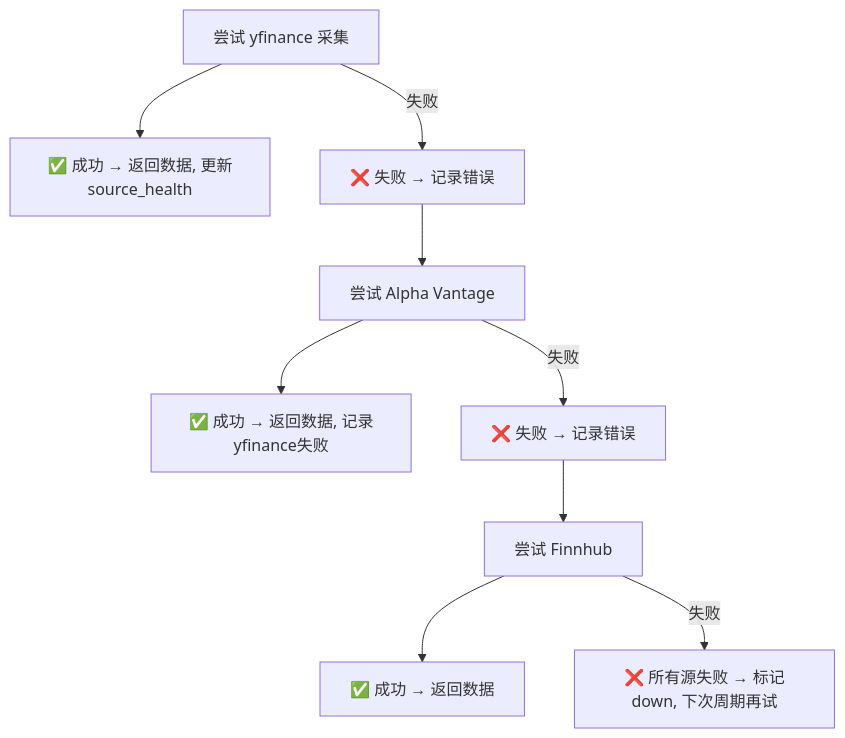
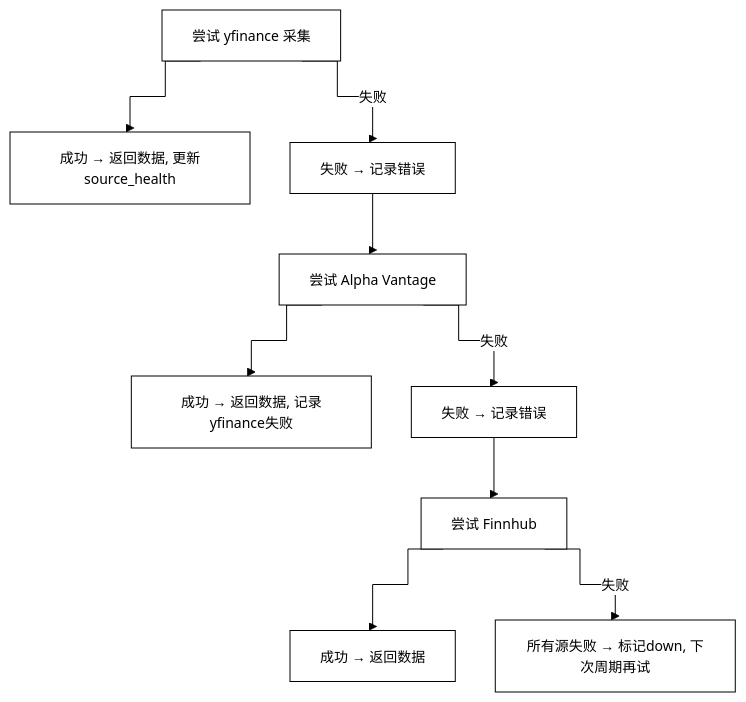
One commit to onceme/instantboard changed the first of 2 diagrams in docs/design/data-sources.md. Above: the diagram before and after it, drawn with Mermaid. The commit also changed other lines of this file and 11 other files, not shown here.

````diff
--- a/docs/design/data-sources.md
+++ b/docs/design/data-sources.md
@@ -403,20 +403,21 @@
 ```mermaid
+%%{init: {"theme": "base", "themeVariables": {"background": "#ffffff", "primaryColor": "#ffffff", "primaryTextColor": "#000000", "primaryBorderColor": "#000000", "lineColor": "#000000", "secondaryColor": "#ffffff", "secondaryTextColor": "#000000", "secondaryBorderColor": "#000000", "tertiaryColor": "#ffffff", "tertiaryTextColor": "#000000", "tertiaryBorderColor": "#000000", "edgeLabelBackground": "#ffffff", "textColor": "#000000", "nodeTextColor": "#000000", "mainBkg": "#ffffff", "nodeBorder": "#000000", "clusterBkg": "#ffffff", "clusterBdr": "#000000", "clusterTextColor": "#000000", "titleColor": "#000000", "fontSize": "14px"}, "flowchart": {"curve": "step", "nodeSpacing": 40, "rankSpacing": 50, "wrappingWidth": 180, "useMaxWidth": true}}}%%
 graph TD
     start["尝试 yfinance 采集"]
-    yf_ok["✅ 成功 → 返回数据, 更新source_health"]
-    yf_fail["❌ 失败 → 记录错误"]
+    yf_ok["成功 → 返回数据, 更新source_health"]
+    yf_fail["失败 → 记录错误"]
     av_start["尝试 Alpha Vantage"]
-    av_ok["✅ 成功 → 返回数据, 记录yfinance失败"]
-    av_fail["❌ 失败 → 记录错误"]
+    av_ok["成功 → 返回数据, 记录yfinance失败"]
+    av_fail["失败 → 记录错误"]
     fh_start["尝试 Finnhub"]
-    fh_ok["✅ 成功 → 返回数据"]
-    fh_fail["❌ 所有源失败 → 标记down, 下次周期再试"]
+    fh_ok["成功 → 返回数据"]
+    fh_fail["所有源失败 → 标记down, 下次周期再试"]
     start --> yf_ok
     start -->|"失败"| yf_fail
     yf_fail --> av_start
     av_start --> av_ok
     av_start -->|"失败"| av_fail
     av_fail --> fh_start
     fh_start --> fh_ok
     fh_start -->|"失败"| fh_fail
 ```
````
